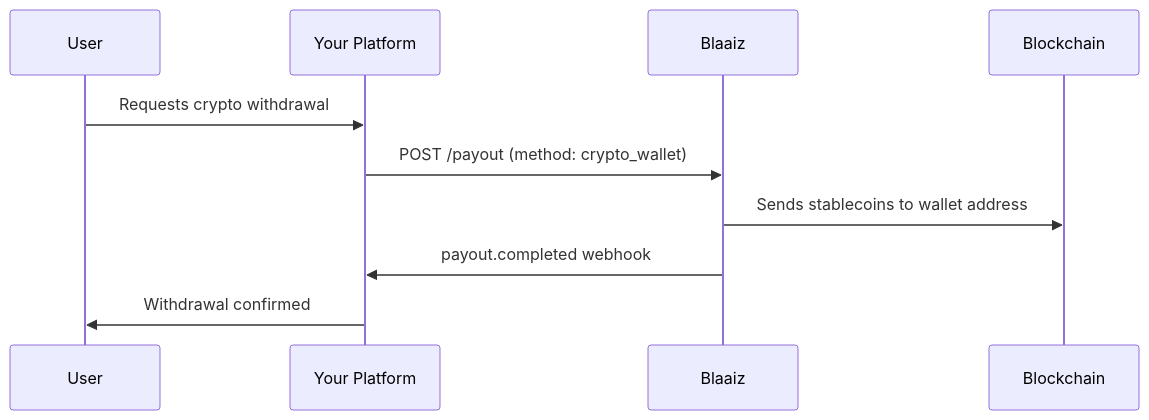
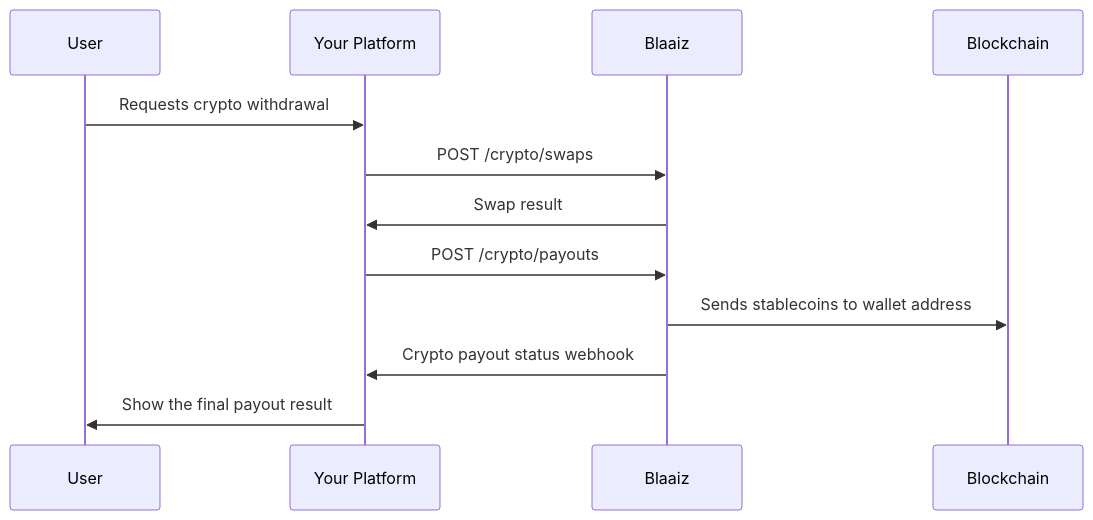
Before and after one commit to Blaaiz/blaaiz-platforms-docs: the second of 2 diagrams in guides/use-cases/crypto-on-off-ramps.mdx, drawn with Mermaid. The commit also changed other lines of this file and 2 other files, not shown here.

Commit message:
docs(crypto): announce API availability

````diff
--- a/guides/use-cases/crypto-on-off-ramps.mdx
+++ b/guides/use-cases/crypto-on-off-ramps.mdx
@@ -49,13 +49,15 @@
 ```mermaid
 sequenceDiagram
     participant User
     participant You as Your Platform
     participant Blaaiz
     participant Blockchain
 
     User->>You: Requests crypto withdrawal
-    You->>Blaaiz: POST /payout (method: crypto_wallet)
+    You->>Blaaiz: POST /crypto/swaps
+    Blaaiz->>You: Swap result
+    You->>Blaaiz: POST /crypto/payouts
     Blaaiz->>Blockchain: Sends stablecoins to wallet address
-    Blaaiz->>You: payout.completed webhook
-    You->>User: Withdrawal confirmed
+    Blaaiz->>You: Crypto payout status webhook
+    You->>User: Show the final payout result
 ```
````
